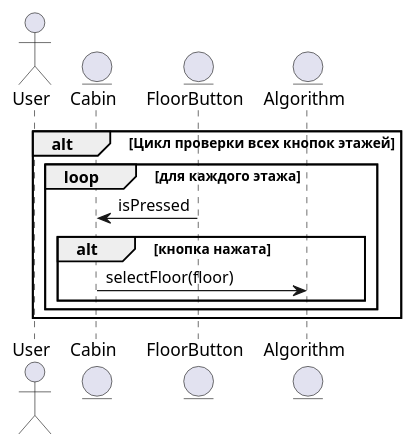
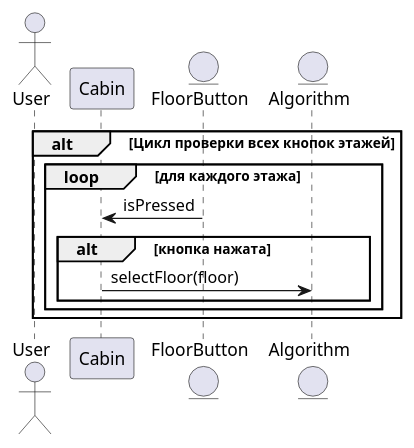
Before and after one commit to lisisisan/CASE-2024: the diagram in lab5/3-последовательности.puml, drawn with PlantUML. The commit also changed 27 other files, not shown here.

```diff
--- a/lab5/3-последовательности.puml
+++ b/lab5/3-последовательности.puml
@@ -1,16 +1,16 @@
 @startuml
 actor User
-entity Cabin
+participant Cabin
 entity FloorButton
 entity Algorithm
 
 ' Атрибут для номера этажа
 alt Цикл проверки всех кнопок этажей
   loop для каждого этажа
     FloorButton -> Cabin : isPressed
     alt кнопка нажата
       Cabin -> Algorithm : selectFloor(floor)
     end
   end
 end
 @enduml
```
